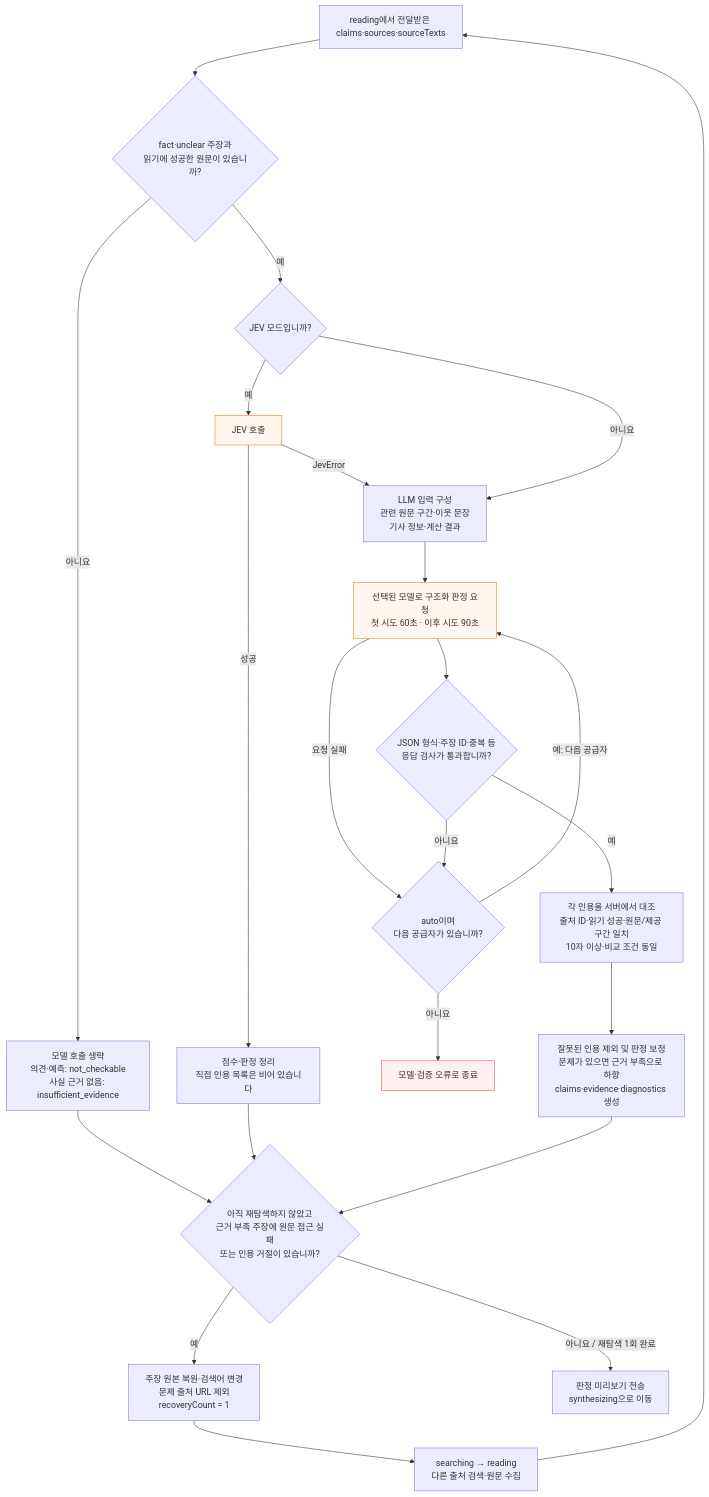
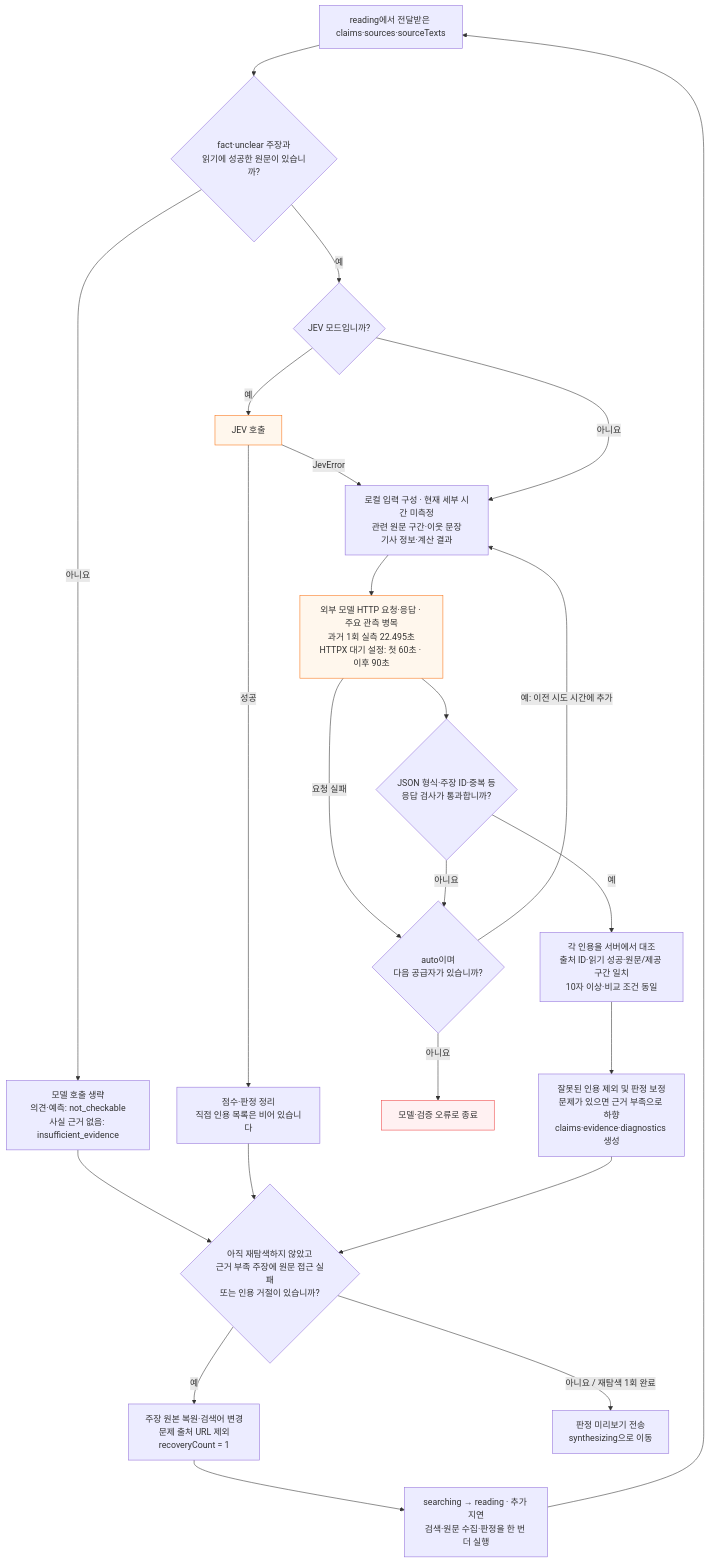
The first of 2 diagrams in docs/search_작업현황.md (teach97/TRUE-OR-NOT), drawn with Mermaid before and after one commit. The commit also changed other lines of this file and 1 other file, not shown here.

````diff
--- a/docs/search_작업현황.md
+++ b/docs/search_작업현황.md
@@ -22,39 +78,39 @@
 ```mermaid
 flowchart TD
     V0["reading에서 전달받은 claims·sources·sourceTexts"]
     V1{"fact·unclear 주장과<br/>읽기에 성공한 원문이 있습니까?"}
     V2["모델 호출 생략<br/>의견·예측: not_checkable<br/>사실 근거 없음: insufficient_evidence"]
     V3{"JEV 모드입니까?"}
     V4["JEV 호출"]
     V5["점수·판정 정리<br/>직접 인용 목록은 비어 있습니다"]
-    V6["LLM 입력 구성<br/>관련 원문 구간·이웃 문장<br/>기사 정보·계산 결과"]
-    V7["선택된 모델로 구조화 판정 요청<br/>첫 시도 60초 · 이후 시도 90초"]
+    V6["로컬 입력 구성 · 현재 세부 시간 미측정<br/>관련 원문 구간·이웃 문장<br/>기사 정보·계산 결과"]
+    V7["외부 모델 HTTP 요청·응답 · 주요 관측 병목<br/>과거 1회 실측 22.495초<br/>HTTPX 대기 설정: 첫 60초 · 이후 90초"]
     V8{"JSON 형식·주장 ID·중복 등<br/>응답 검사가 통과합니까?"}
     V9{"auto이며<br/>다음 공급자가 있습니까?"}
     V10["모델·검증 오류로 종료"]
     V11["각 인용을 서버에서 대조<br/>출처 ID·읽기 성공·원문/제공 구간 일치<br/>10자 이상·비교 조건 동일"]
     V12["잘못된 인용 제외 및 판정 보정<br/>문제가 있으면 근거 부족으로 하향<br/>claims·evidence·diagnostics 생성"]
     V13{"아직 재탐색하지 않았고<br/>근거 부족 주장에 원문 접근 실패<br/>또는 인용 거절이 있습니까?"}
     V14["주장 원본 복원·검색어 변경<br/>문제 출처 URL 제외<br/>recoveryCount = 1"]
-    V15["searching → reading<br/>다른 출처 검색·원문 수집"]
+    V15["searching → reading · 추가 지연<br/>검색·원문 수집·판정을 한 번 더 실행"]
     V16["판정 미리보기 전송<br/>synthesizing으로 이동"]
 
     V0 --> V1
     V1 -- 아니요 --> V2 --> V13
     V1 -- 예 --> V3
     V3 -- 예 --> V4
     V4 -- 성공 --> V5 --> V13
     V4 -- JevError --> V6
     V3 -- 아니요 --> V6 --> V7 --> V8
     V7 -- 요청 실패 --> V9
     V8 -- 아니요 --> V9
-    V9 -- 예: 다음 공급자 --> V7
+    V9 -- 예: 이전 시도 시간에 추가 --> V6
     V9 -- 아니요 --> V10
     V8 -- 예 --> V11 --> V12 --> V13
     V13 -- 예 --> V14 --> V15 --> V0
     V13 -- 아니요 / 재탐색 1회 완료 --> V16
     classDef external fill:#fff7ed,stroke:#f97316;
     classDef failure fill:#fff1f2,stroke:#ef4444;
     class V4,V7 external;
     class V10 failure;
 ```
````
